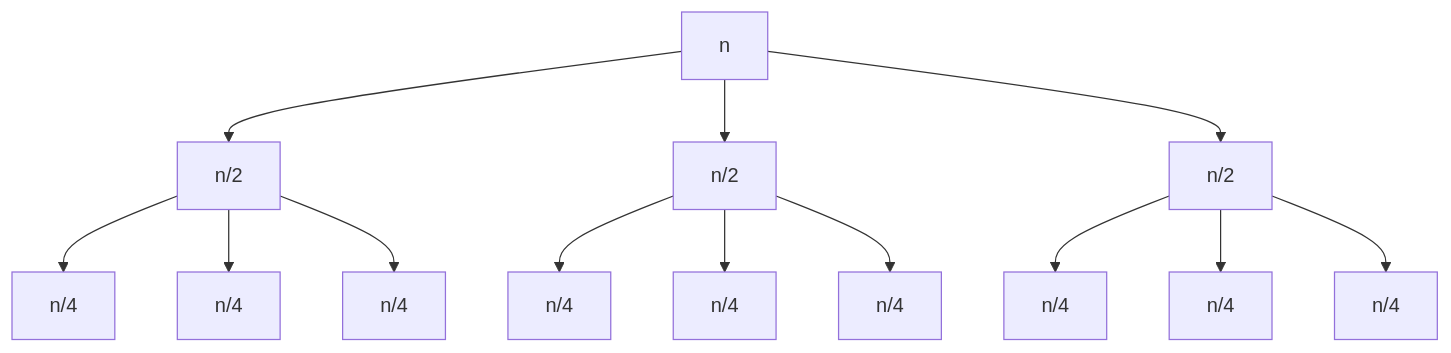
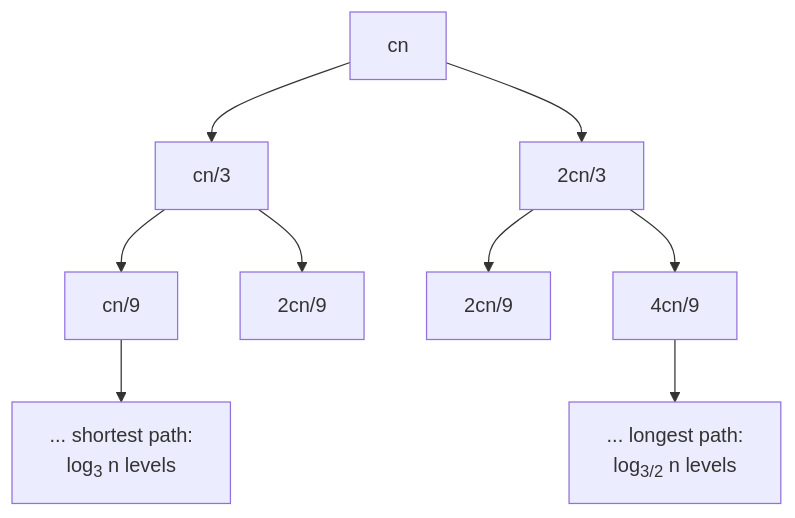
Before and after one commit to norbutlepcha25/CSF302: the second of 2 diagrams in docs/unit3/topic3.md, drawn with Mermaid. The commit also changed other lines of this file and 79 other files, not shown here.

````diff
--- a/docs/unit3/topic3.md
+++ b/docs/unit3/topic3.md
@@ -175,19 +146,11 @@
-      ```mermaid
-            flowchart TD
-            A["n"] --> B1["n/2"]
-            A --> B2["n/2"]
-            A --> B3["n/2"]
-
-            B1 --> C1["n/4"]
-            B1 --> C2["n/4"]
-            B1 --> C3["n/4"]
-
-            B2 --> C4["n/4"]
-            B2 --> C5["n/4"]
-            B2 --> C6["n/4"]
-
-            B3 --> C7["n/4"]
-            B3 --> C8["n/4"]
-            B3 --> C9["n/4"]
-
-      ```
+```mermaid
+flowchart TD
+    A["cn"] --> B1["cn/3"]
+    A --> B2["2cn/3"]
+    B1 --> C1["cn/9"]
+    B1 --> C2["2cn/9"]
+    B2 --> C3["2cn/9"]
+    B2 --> C4["4cn/9"]
+    C1 --> D1["... shortest path:<br/>log<sub>3</sub> n levels"]
+    C4 --> D4["... longest path:<br/>log<sub>3/2</sub> n levels"]
+```
````
